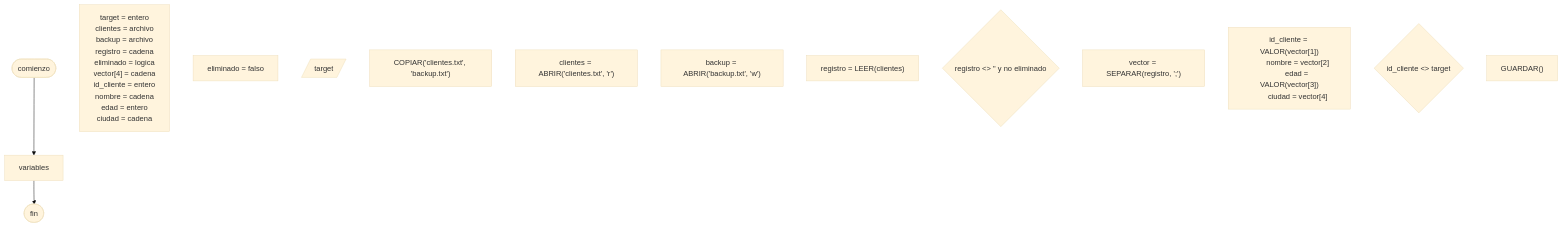
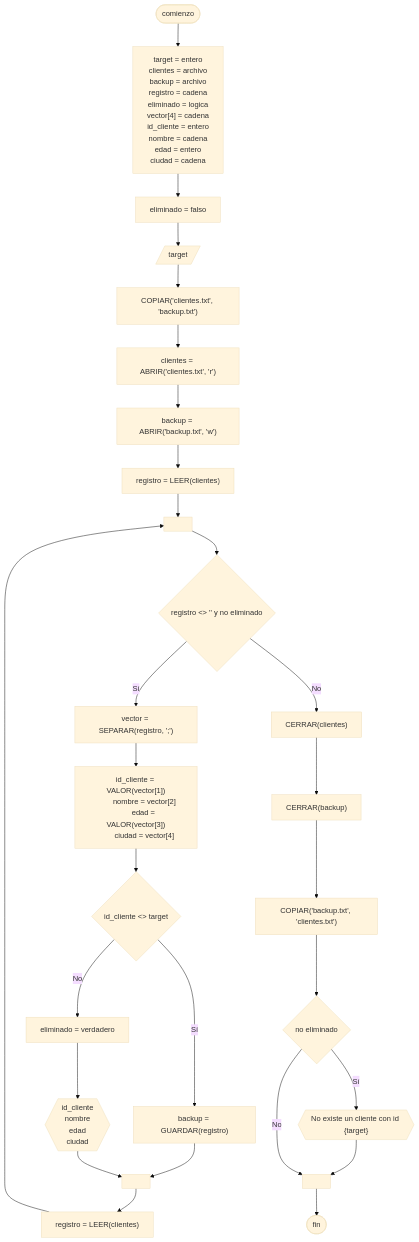
One commit to martinstanicio/ingenieria-en-sistemas changed the diagram in Algoritmos y Estructuras de Datos/Actividades/20241102 - Eliminar cliente.md. Above: the diagram before and after it, drawn with Mermaid (base theme). The commit also changed 2 other files, not shown here.

Commit message:
vault backup: 2024-11-03 17:56:09

````diff
--- a/Algoritmos y Estructuras de Datos/Actividades/20241102 - Eliminar cliente.md
+++ b/Algoritmos y Estructuras de Datos/Actividades/20241102 - Eliminar cliente.md
@@ -20,37 +20,63 @@
 ```mermaid
 flowchart TB
 	comienzo([comienzo])
     
 	declarar["`target = entero
 	clientes = archivo
 	backup = archivo
 	registro = cadena
 	eliminado = logica
 	vector[4] = cadena
 	id_cliente = entero
 	nombre = cadena
 	edad = entero
 	ciudad = cadena`"]
 	inicializar["eliminado = falso"]
 	
 	target[/"target"/]
 	copiar1["COPIAR('clientes.txt', 'backup.txt')"]
 	
 	clientes_abrir["clientes = ABRIR('clientes.txt', 'r')"]
 	backup_abrir["backup = ABRIR('backup.txt', 'w')"]
 	registro1["registro = LEER(clientes)"]
 	
 	while{"registro <> '' y no eliminado"}
 	vector["vector = SEPARAR(registro, ';')"]
 	campos["`id_cliente = VALOR(vector[1])
 	nombre = vector[2]
 	edad = VALOR(vector[3])
 	ciudad = vector[4]`"]
 	
 	if1{"id_cliente <> target"}
-	if1_yes["GUARDAR()"]
+	if1_yes["backup = GUARDAR(registro)"]
+	eliminado["eliminado = verdadero"]
+	mostrar_eliminado{{"`id_cliente
+	nombre
+	edad
+	ciudad`"}}
+	
+	registro2["registro = LEER(clientes)"]
+	
+	clientes_cerrar["CERRAR(clientes)"]
+	backup_cerrar["CERRAR(backup)"]
+	
+	copiar2["COPIAR('backup.txt', 'clientes.txt')"]
+	
+	if2{"no eliminado"}
+	if2_yes{{"No existe un cliente con id {target}"}}
 	
     fin([fin])
     
-	comienzo --> variables --> fin
+    a[" "]
+    b[" "]
+    c[" "]
+    
+	comienzo --> declarar --> inicializar --> target --> copiar1 --> clientes_abrir --> backup_abrir --> registro1 --> a --> while -- "Sí" --> vector --> campos --> if1
+	if1 -- "Sí" --> if1_yes --> b
+	if1 -- "No" --> eliminado --> mostrar_eliminado --> b
+	b --> registro2 --> a
+	while -- "No" --> clientes_cerrar --> backup_cerrar --> copiar2 --> if2
+	if2 -- "Sí" --> if2_yes --> c
+	if2 -- "No" --> c
+	c --> fin
 ```
````
